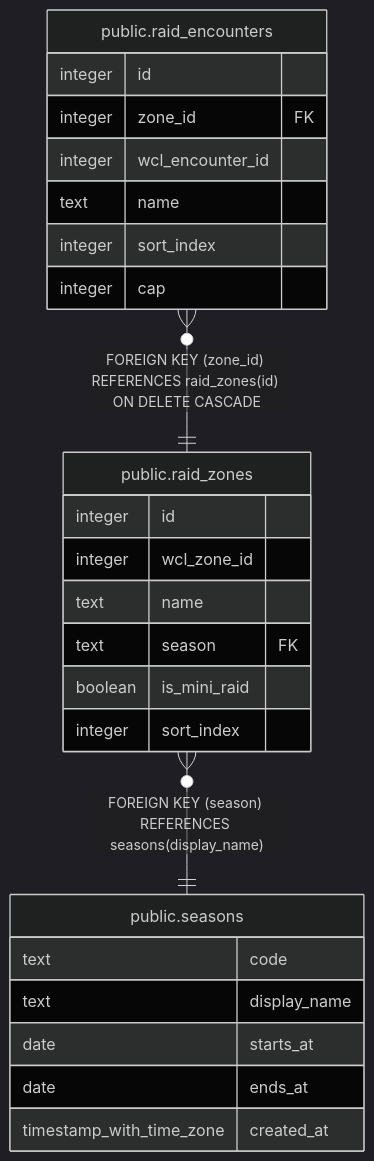
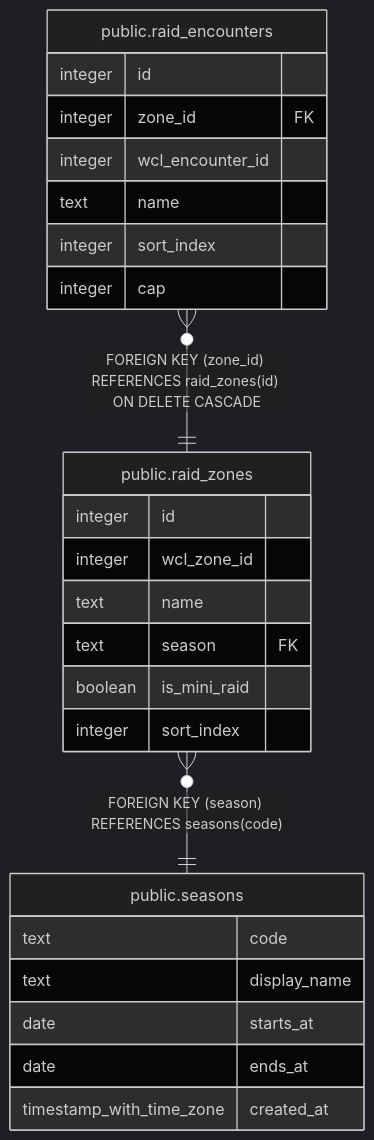
The diagram in dbdoc/public.raid_zones.md (katogaming88/WGA-Raid-Hub), drawn with Mermaid (dark theme) before and after one commit. The commit also changed other lines of this file and 49 other files, not shown here.

First line of the commit message:
raid_zones.season and the Season View hold codes (v3.145.0) (#1271)

````diff
--- a/dbdoc/public.raid_zones.md
+++ b/dbdoc/public.raid_zones.md
@@ -31,30 +31,30 @@
 ```mermaid
 erDiagram
 
 "public.raid_encounters" }o--|| "public.raid_zones" : "FOREIGN KEY (zone_id) REFERENCES raid_zones(id) ON DELETE CASCADE"
-"public.raid_zones" }o--|| "public.seasons" : "FOREIGN KEY (season) REFERENCES seasons(display_name)"
+"public.raid_zones" }o--|| "public.seasons" : "FOREIGN KEY (season) REFERENCES seasons(code)"
 
 "public.raid_zones" {
   integer id
   integer wcl_zone_id
   text name
   text season FK
   boolean is_mini_raid
   integer sort_index
 }
 "public.raid_encounters" {
   integer id
   integer zone_id FK
   integer wcl_encounter_id
   text name
   integer sort_index
   integer cap
 }
 "public.seasons" {
   text code
   text display_name
   date starts_at
   date ends_at
   timestamp_with_time_zone created_at
 }
 ```
````
